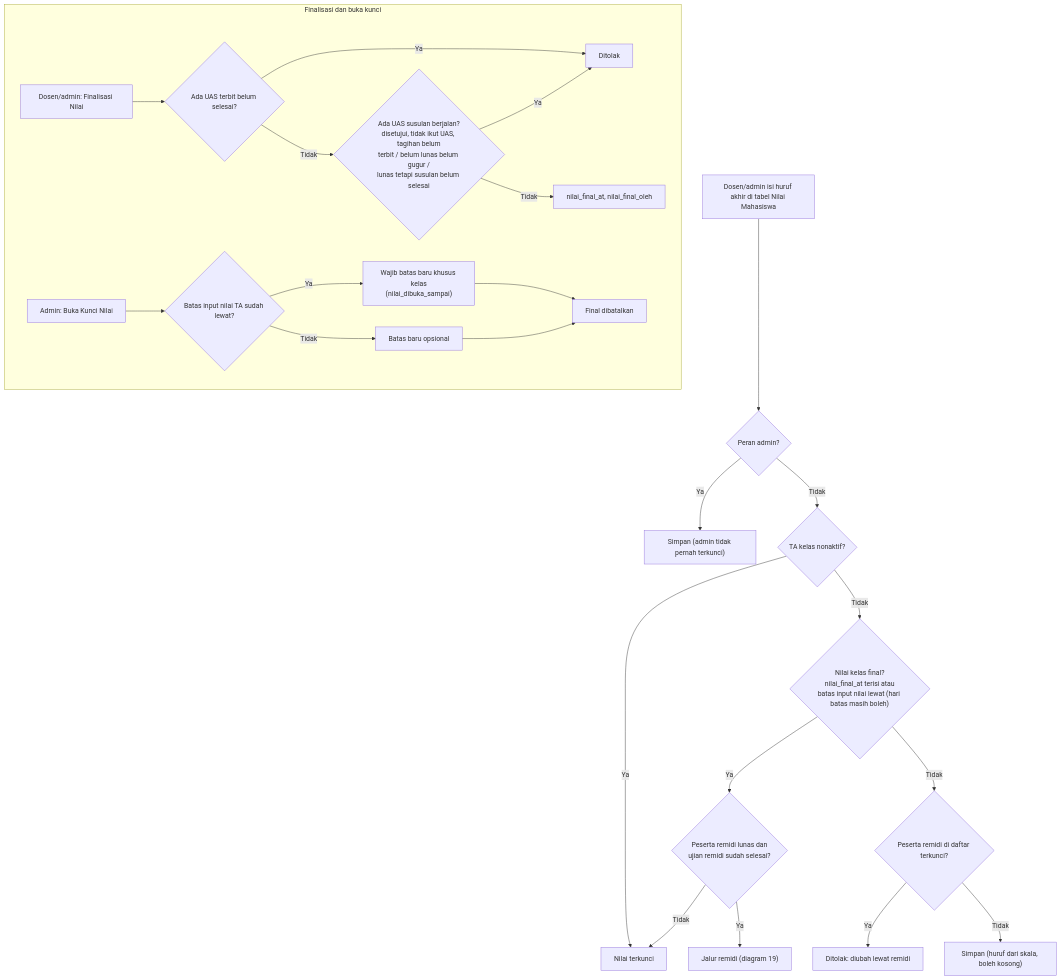
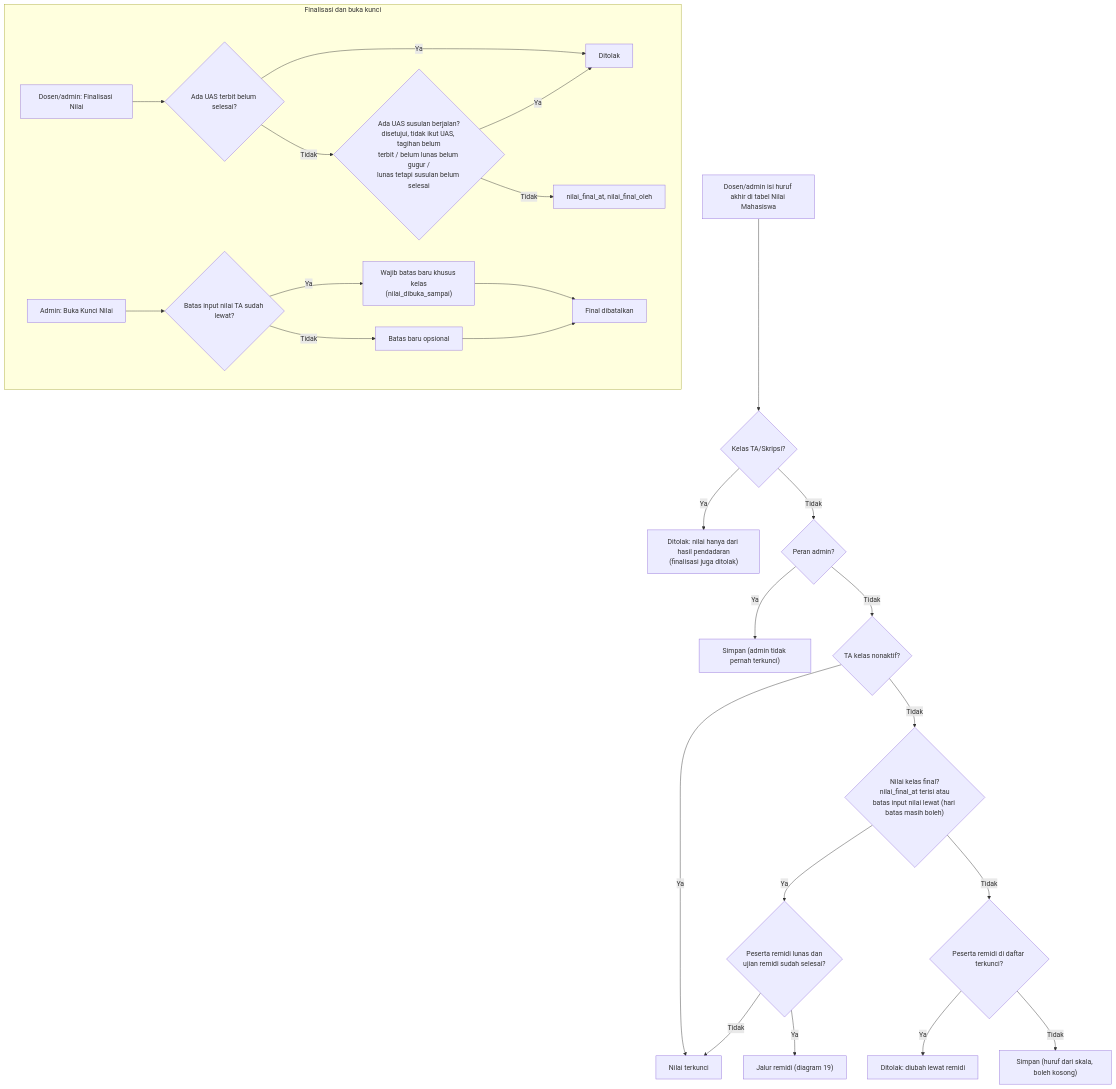
Diagram 16 of 28 in docs/system-flowchart.md (Velocity-Developer/sia-vd), drawn with Mermaid before and after one commit. The commit also changed other lines of this file and 4 other files, not shown here.

First line of the commit message:
feat(tugas-akhir): seeder dan dokumentasi aturan SKS TA/Skripsi

````diff
--- a/docs/system-flowchart.md
+++ b/docs/system-flowchart.md
@@ -471,27 +473,29 @@
 ```mermaid
 flowchart TD
-    A["Dosen/admin isi huruf akhir di tabel Nilai Mahasiswa"] --> B{"Peran admin?"}
+    A["Dosen/admin isi huruf akhir di tabel Nilai Mahasiswa"] --> TA{"Kelas TA/Skripsi?"}
+    TA -- Ya --> XT["Ditolak: nilai hanya dari hasil pendadaran<br/>(finalisasi juga ditolak)"]
+    TA -- Tidak --> B{"Peran admin?"}
     B -- Ya --> Z["Simpan (admin tidak pernah terkunci)"]
     B -- Tidak --> C{"TA kelas nonaktif?"}
     C -- Ya --> X["Nilai terkunci"]
     C -- Tidak --> D{"Nilai kelas final?<br/>nilai_final_at terisi atau<br/>batas input nilai lewat (hari batas masih boleh)"}
     D -- Ya --> R{"Peserta remidi lunas dan<br/>ujian remidi sudah selesai?"}
     R -- Ya --> RR["Jalur remidi (diagram 19)"]
     R -- Tidak --> X
     D -- Tidak --> P{"Peserta remidi di daftar terkunci?"}
     P -- Ya --> X2["Ditolak: diubah lewat remidi"]
     P -- Tidak --> Z2["Simpan (huruf dari skala, boleh kosong)"]
 
     subgraph Final["Finalisasi dan buka kunci"]
         F1["Dosen/admin: Finalisasi Nilai"] --> F2{"Ada UAS terbit belum selesai?"}
         F2 -- Ya --> F3["Ditolak"]
         F2 -- Tidak --> F5{"Ada UAS susulan berjalan?<br/>disetujui, tidak ikut UAS, tagihan belum<br/>terbit / belum lunas belum gugur /<br/>lunas tetapi susulan belum selesai"}
         F5 -- Ya --> F3
         F5 -- Tidak --> F4["nilai_final_at, nilai_final_oleh"]
         G1["Admin: Buka Kunci Nilai"] --> G2{"Batas input nilai TA sudah lewat?"}
         G2 -- Ya --> G3["Wajib batas baru khusus kelas<br/>(nilai_dibuka_sampai)"]
         G2 -- Tidak --> G4["Batas baru opsional"]
         G3 --> G5["Final dibatalkan"]
         G4 --> G5
     end
 ```
````
